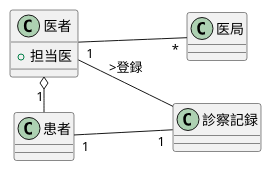
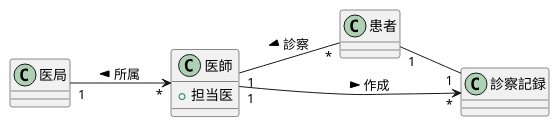
Before and after one commit to kikuchihibiki/uml-introduction: the diagram in 演習3-2_CL_医師と患者と医局と診療記録.pu, drawn with PlantUML.

Commit message:
演習

```diff
--- a/演習3-2_CL_医師と患者と医局と診療記録.pu
+++ b/演習3-2_CL_医師と患者と医局と診療記録.pu
@@ -1,20 +1,23 @@
 @startuml
 left to right direction
-class 医者{
+class 医師{
     +担当医
 }
+
 class 患者{
+}
 
-}
-class 診察記録{
-
-}
 class 医局{
 
 }
 
-医者 "1" -- "*" 医局
-医者 o-ri- "1" 患者
-患者 "1" -down- "1" 診察記録
-医者 --  診察記録 :>登録 
+class 診察記録{
+
+}
+
+
+医局 "1"--> "*" 医師 :所属 <
+医師 "1"-- "*" 患者 :診察 <
+医師 "1"--> "*" 診察記録 :作成 >
+患者 "1" -- "1" 診察記録
 @enduml
```
